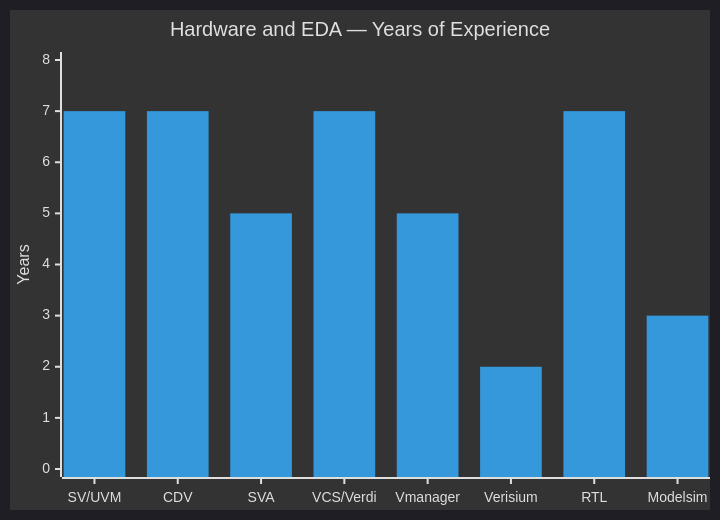
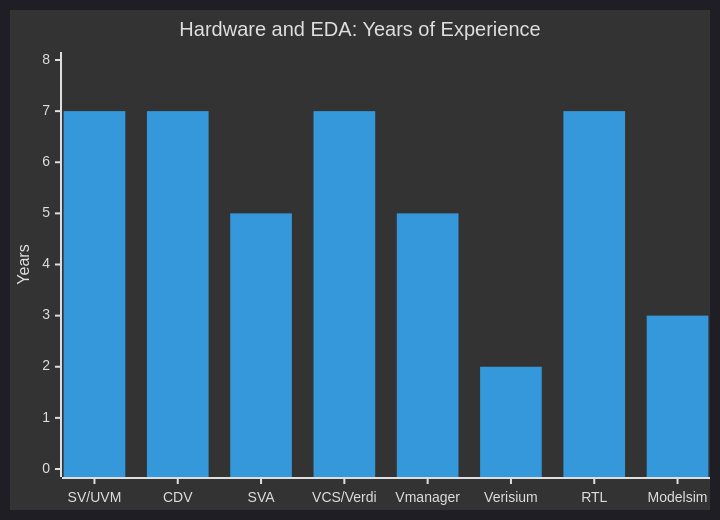
One commit to themanmakerX/themanmakerX changed the first of 4 diagrams in README.md. Above: the diagram before and after it, drawn with Mermaid. The commit also changed other lines of this file, not shown here.

````diff
--- a/README.md
+++ b/README.md
@@ -103,8 +103,8 @@
 ```mermaid
 %%{init: {'theme': 'dark'}}%%
 xychart-beta
-  title "Hardware and EDA — Years of Experience"
+  title "Hardware and EDA: Years of Experience"
   x-axis ["SV/UVM", "CDV", "SVA", "VCS/Verdi", "Vmanager", "Verisium", "RTL", "Modelsim"]
   y-axis "Years" 0 --> 8
   bar [7, 7, 5, 7, 5, 2, 7, 3]
 ```
````
